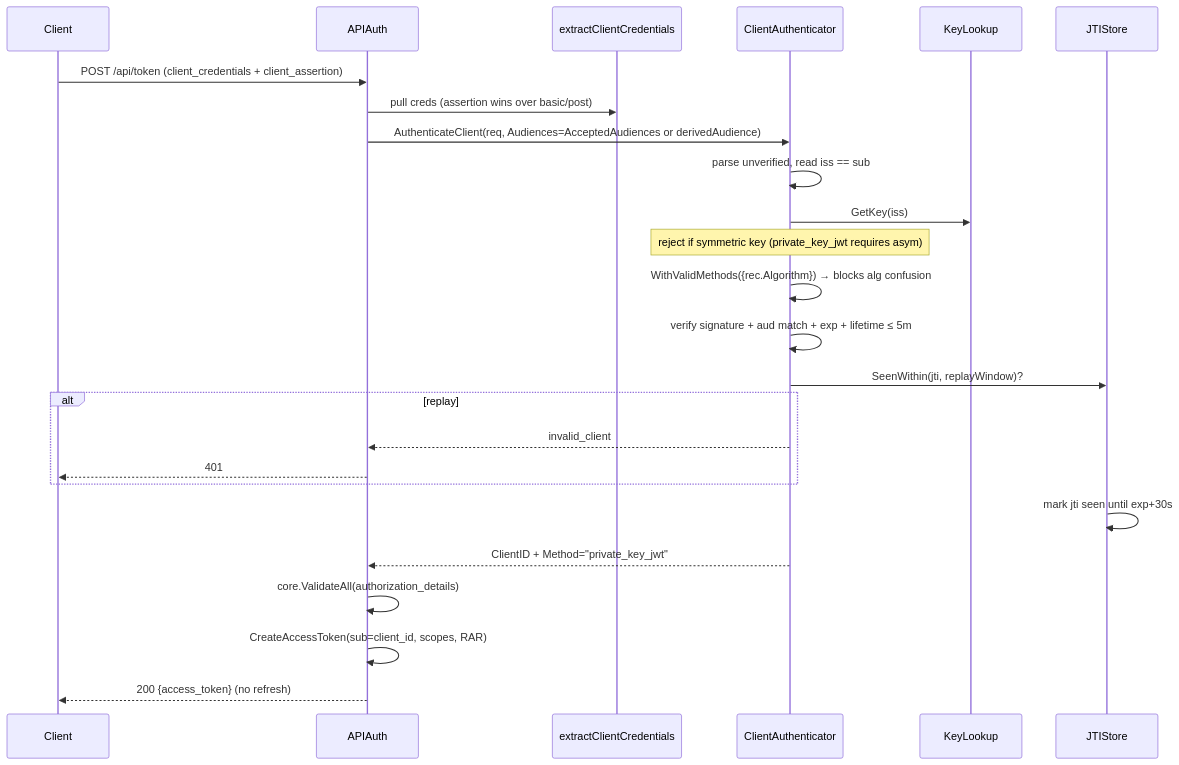
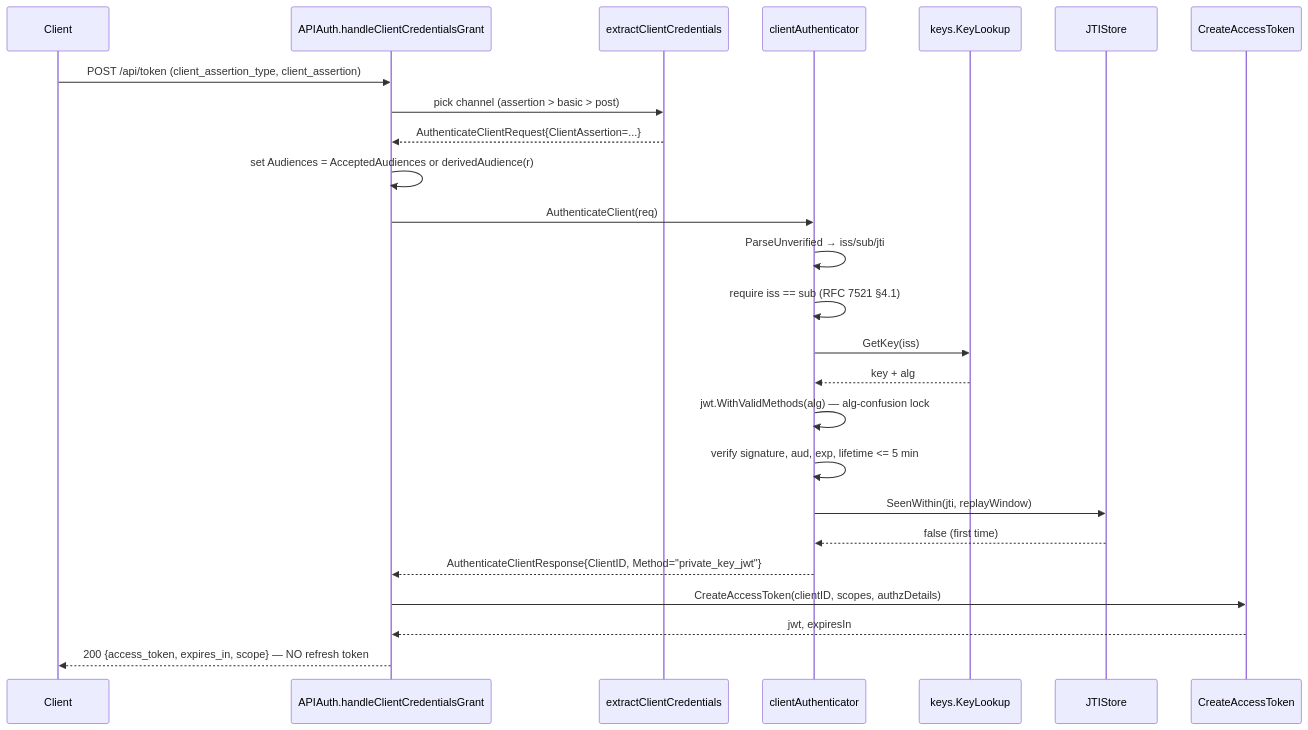
Before and after one commit to panyam/oneauth: the second of 5 diagrams in apiauth/DESIGN.md, drawn with Mermaid. The commit also changed other lines of this file and 42 other files, not shown here.

````diff
--- a/apiauth/DESIGN.md
+++ b/apiauth/DESIGN.md
@@ -198,27 +112,28 @@
 ```mermaid
 sequenceDiagram
-    participant C as Client
-    participant A as APIAuth
-    participant X as extractClientCredentials
-    participant CA as ClientAuthenticator
-    participant KL as KeyLookup
-    participant J as JTIStore
-    C->>A: POST /api/token (client_credentials + client_assertion)
-    A->>X: pull creds (assertion wins over basic/post)
-    A->>CA: AuthenticateClient(req, Audiences=AcceptedAudiences or derivedAudience)
-    CA->>CA: parse unverified, read iss == sub
-    CA->>KL: GetKey(iss)
-    Note over CA: reject if symmetric key (private_key_jwt requires asym)
-    CA->>CA: WithValidMethods({rec.Algorithm}) → blocks alg confusion
-    CA->>CA: verify signature + aud match + exp + lifetime ≤ 5m
-    CA->>J: SeenWithin(jti, replayWindow)?
-    alt replay
-        CA-->>A: invalid_client
-        A-->>C: 401
-    end
-    J->>J: mark jti seen until exp+30s
-    CA-->>A: ClientID + Method="private_key_jwt"
-    A->>A: core.ValidateAll(authorization_details)
-    A->>A: CreateAccessToken(sub=client_id, scopes, RAR)
-    A-->>C: 200 {access_token} (no refresh)
+    participant Client
+    participant APIAuth as APIAuth.handleClientCredentialsGrant
+    participant Extract as extractClientCredentials
+    participant CA as clientAuthenticator
+    participant Keys as keys.KeyLookup
+    participant JTI as JTIStore
+    participant Sign as CreateAccessToken
+
+    Client->>APIAuth: POST /api/token (client_assertion_type, client_assertion)
+    APIAuth->>Extract: pick channel (assertion > basic > post)
+    Extract-->>APIAuth: AuthenticateClientRequest{ClientAssertion=...}
+    APIAuth->>APIAuth: set Audiences = AcceptedAudiences or derivedAudience(r)
+    APIAuth->>CA: AuthenticateClient(req)
+    CA->>CA: ParseUnverified → iss/sub/jti
+    CA->>CA: require iss == sub (RFC 7521 §4.1)
+    CA->>Keys: GetKey(iss)
+    Keys-->>CA: key + alg
+    CA->>CA: jwt.WithValidMethods(alg) — alg-confusion lock
+    CA->>CA: verify signature, aud, exp, lifetime <= 5 min
+    CA->>JTI: SeenWithin(jti, replayWindow)
+    JTI-->>CA: false (first time)
+    CA-->>APIAuth: AuthenticateClientResponse{ClientID, Method="private_key_jwt"}
+    APIAuth->>Sign: CreateAccessToken(clientID, scopes, authzDetails)
+    Sign-->>APIAuth: jwt, expiresIn
+    APIAuth-->>Client: 200 {access_token, expires_in, scope} — NO refresh token
 ```
````
